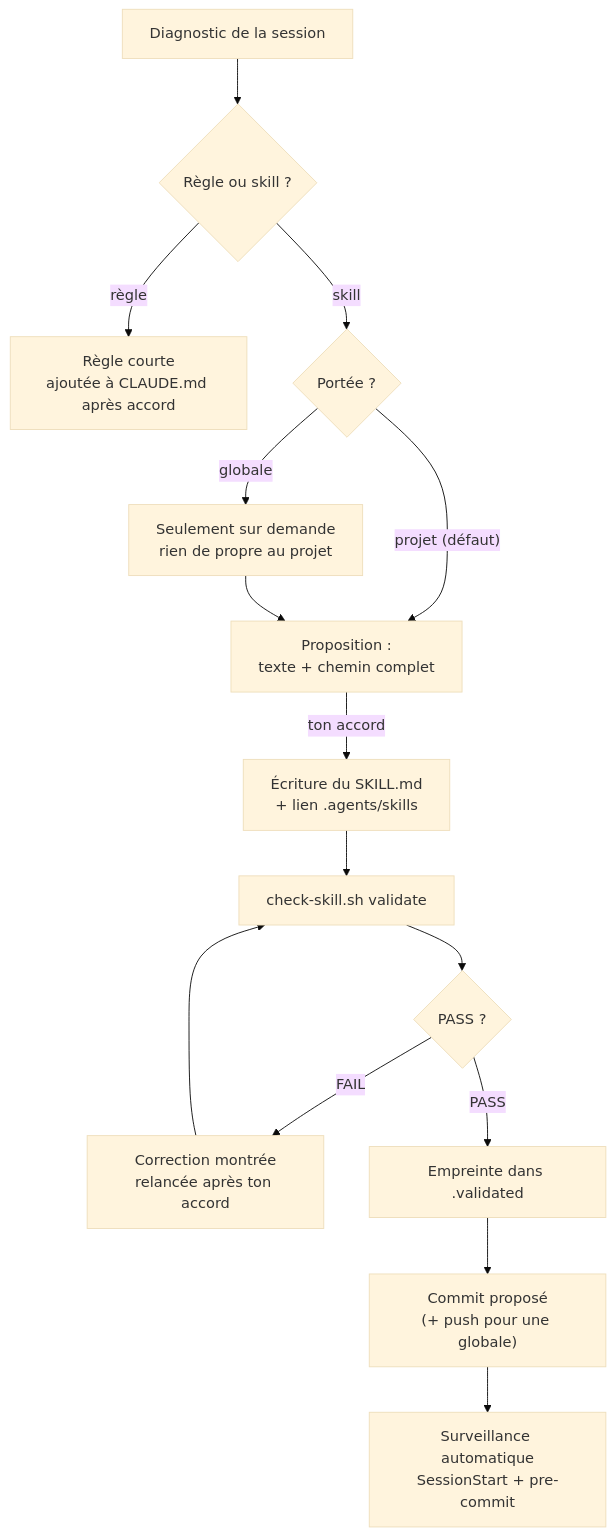
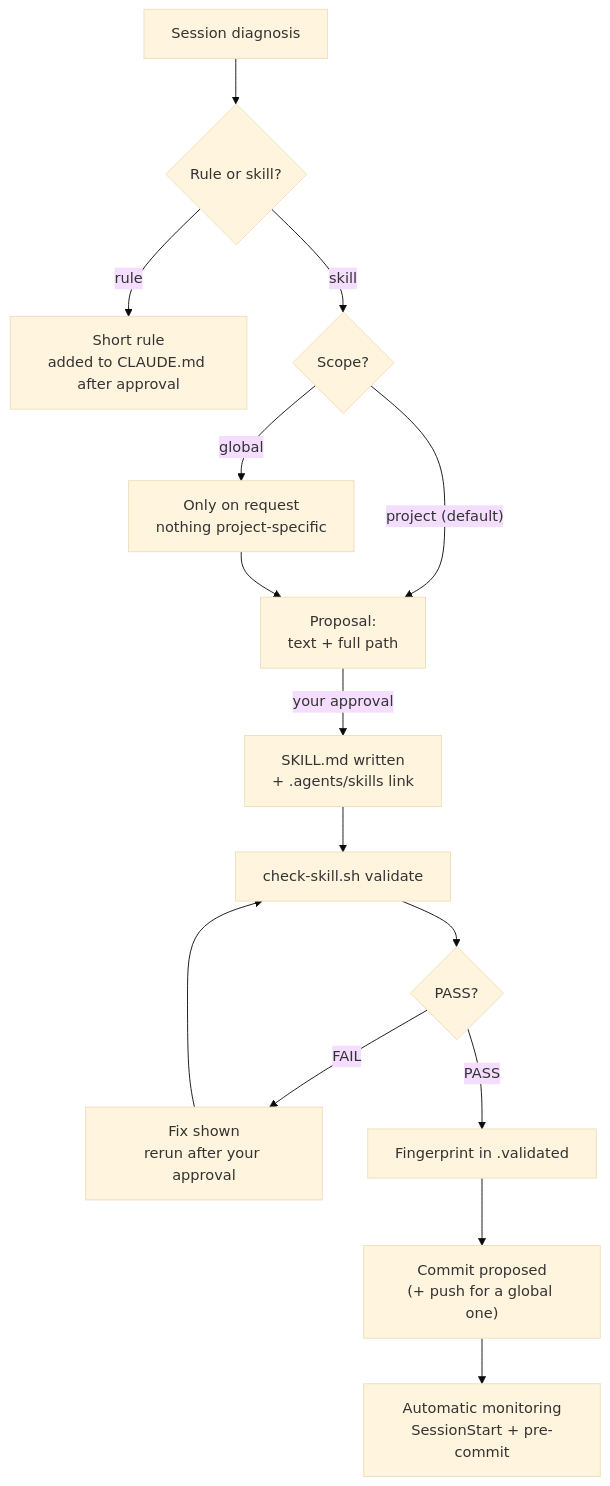
Before and after one commit to drisshaou/ai-kit: the second of 2 diagrams in GUIDE.md, drawn with Mermaid (base theme). The commit also changed other lines of this file and 20 other files, not shown here.

First line of the commit message:
feat: make the workflow skills bilingual (en/fr) per project

````diff
--- a/GUIDE.md
+++ b/GUIDE.md
@@ -142,17 +151,17 @@
 ```mermaid
 flowchart TD
-    A["Diagnostic de la session"] --> B{"Règle ou skill ?"}
-    B -->|règle| R["Règle courte<br/>ajoutée à CLAUDE.md après accord"]
-    B -->|skill| C{"Portée ?"}
-    C -->|"projet (défaut)"| P["Proposition :<br/>texte + chemin complet"]
-    C -->|globale| G["Seulement sur demande<br/>rien de propre au projet"]
+    A["Session diagnosis"] --> B{"Rule or skill?"}
+    B -->|rule| R["Short rule<br/>added to CLAUDE.md after approval"]
+    B -->|skill| C{"Scope?"}
+    C -->|"project (default)"| P["Proposal:<br/>text + full path"]
+    C -->|global| G["Only on request<br/>nothing project-specific"]
     G --> P
-    P -->|ton accord| W["Écriture du SKILL.md<br/>+ lien .agents/skills"]
+    P -->|your approval| W["SKILL.md written<br/>+ .agents/skills link"]
     W --> V["check-skill.sh validate"]
-    V --> D{"PASS ?"}
-    D -->|FAIL| F["Correction montrée<br/>relancée après ton accord"]
+    V --> D{"PASS?"}
+    D -->|FAIL| F["Fix shown<br/>rerun after your approval"]
     F --> V
-    D -->|PASS| E["Empreinte dans .validated"]
-    E --> K["Commit proposé<br/>(+ push pour une globale)"]
-    K --> S["Surveillance automatique<br/>SessionStart + pre-commit"]
+    D -->|PASS| E["Fingerprint in .validated"]
+    E --> K["Commit proposed<br/>(+ push for a global one)"]
+    K --> S["Automatic monitoring<br/>SessionStart + pre-commit"]
 ```
````
